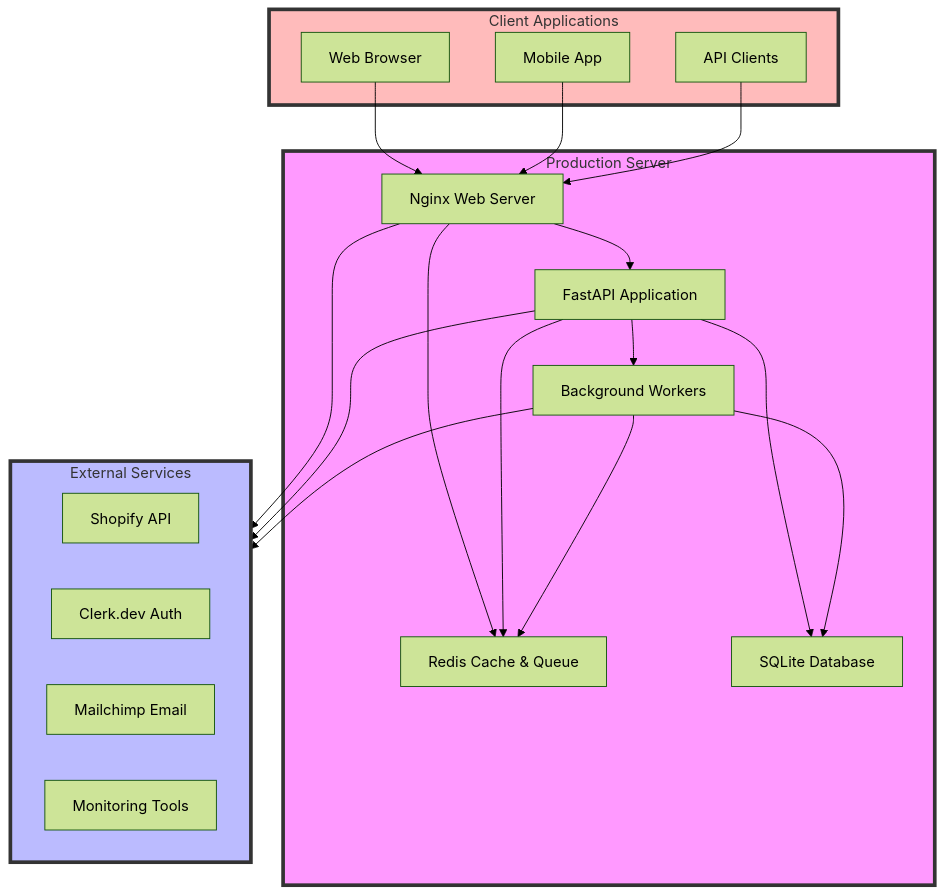
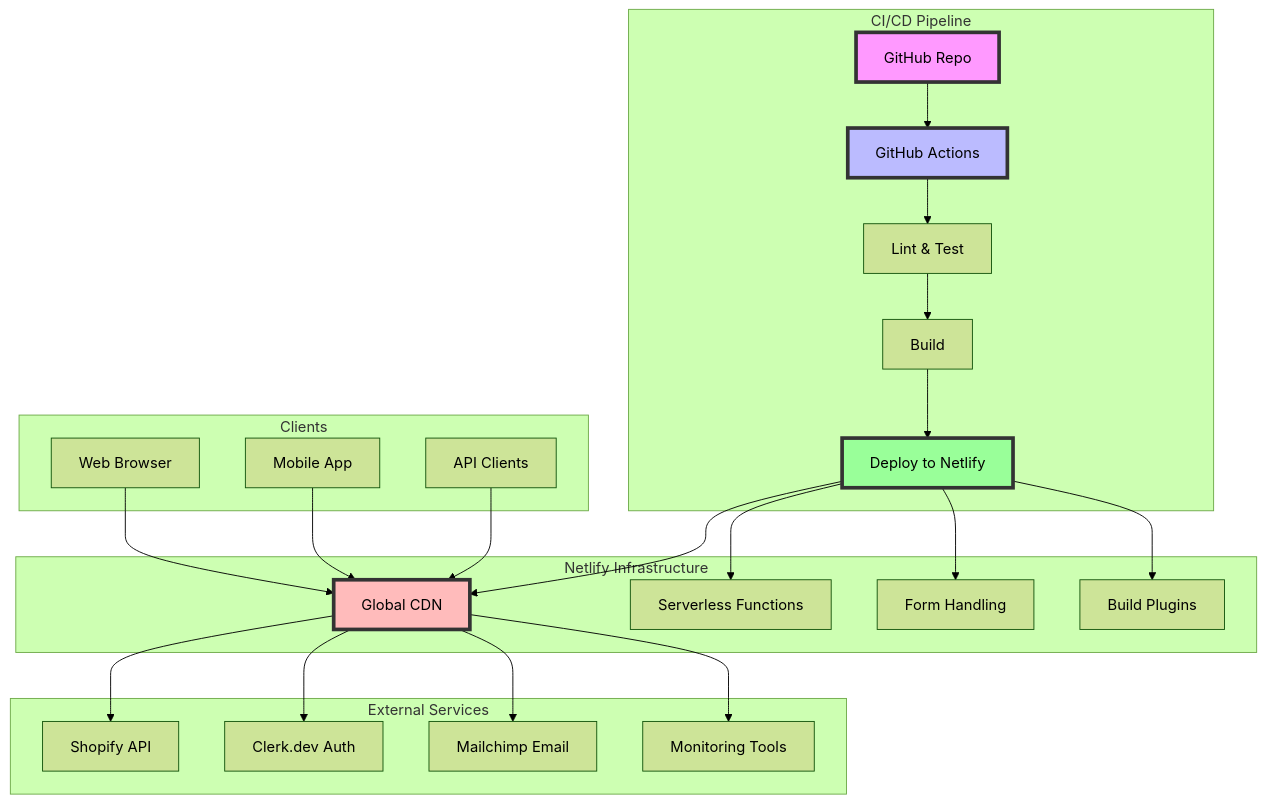
Before and after one commit to atEverychance/ProjectCR: the diagram in docs/diagrams/deployment-architecture.mmd, drawn with Mermaid (forest theme). The commit also changed 1 other file, not shown here.

Commit message:
docs: update deployment docs and architecture for Netlify migration

```diff
--- a/docs/diagrams/deployment-architecture.mmd
+++ b/docs/diagrams/deployment-architecture.mmd
@@ -1,42 +1,32 @@
-flowchart TD
-    subgraph Server[Production Server]
-        Web[Nginx Web Server]
-        App[FastAPI Application]
-        Worker[Background Workers]
-        Redis[Redis Cache & Queue]
-        DB[SQLite Database]
+graph TD
+    subgraph "CI/CD Pipeline"
+        A[GitHub Repo] --> B[GitHub Actions]
+        B --> C[Lint & Test]
+        C --> D[Build]
+        D --> E[Deploy to Netlify]
     end
     
-    subgraph Services[External Services]
-        Shopify[Shopify API]
-        Clerk[Clerk.dev Auth]
-        Mailchimp[Mailchimp Email]
-        Monitoring[Monitoring Tools]
+    subgraph "Netlify Infrastructure"
+        E --> F[Global CDN]
+        E --> G[Serverless Functions]
+        E --> H[Form Handling]
+        E --> I[Build Plugins]
     end
     
-    subgraph Clients[Client Applications]
-        Browser[Web Browser]
-        Mobile[Mobile App]
-        API[API Clients]
+    subgraph "External Services"
+        F --> J[Shopify API]
+        F --> K[Clerk.dev Auth]
+        F --> L[Mailchimp Email]
+        F --> M[Monitoring Tools]
     end
     
-    Browser --> Web
-    Mobile --> Web
-    API --> Web
+    subgraph "Clients"
+        N[Web Browser] --> F
+        O[Mobile App] --> F
+        P[API Clients] --> F
+    end
     
-    Web --> App
-    Web --> Redis
-    Web --> Services
-    
-    App --> Worker
-    App --> Redis
-    App --> DB
-    App --> Services
-    
-    Worker --> Redis
-    Worker --> DB
-    Worker --> Services
-    
-    style Server fill:#f9f,stroke:#333,stroke-width:4px
-    style Services fill:#bbf,stroke:#333,stroke-width:4px
-    style Clients fill:#fbb,stroke:#333,stroke-width:4px
+    style A fill:#f9f,stroke:#333,stroke-width:4px
+    style B fill:#bbf,stroke:#333,stroke-width:4px
+    style E fill:#9f9,stroke:#333,stroke-width:4px
+    style F fill:#fbb,stroke:#333,stroke-width:4px
```
